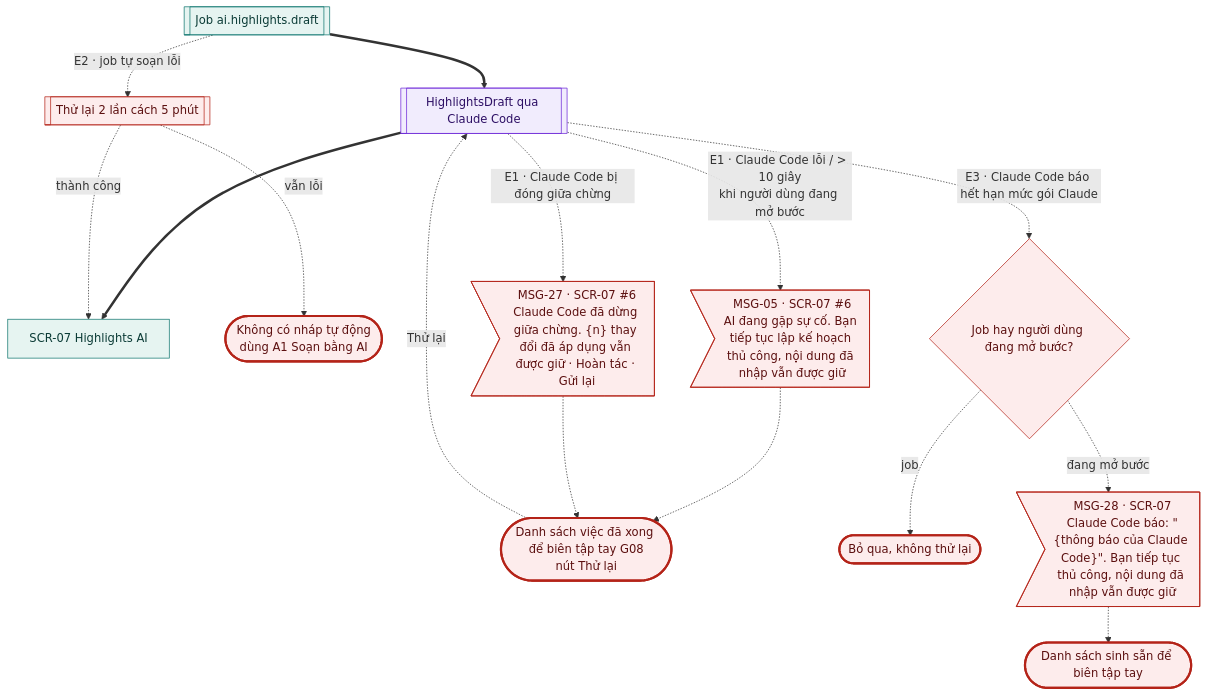
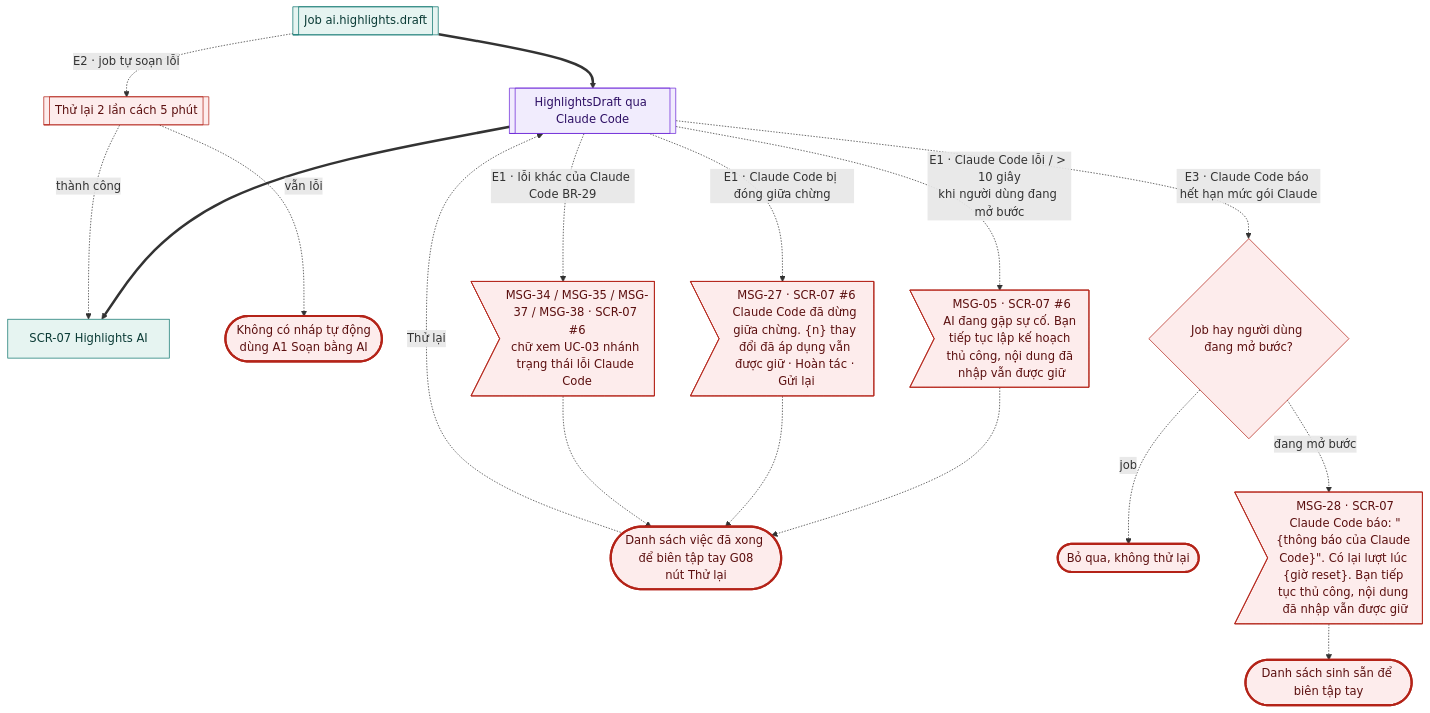
One commit to tannguyenho/personal-app changed diagram 15 of 29 in docs/design-brief/flow/g10-tro-ly-ai.md. Above: the diagram before and after it, drawn with Mermaid. The commit also changed other lines of this file and 6 other files, not shown here.

First line of the commit message:
docs(G01, G10): áp quyết định PO 09/11 vào SRS, PRD, flow; IA trỏ mã mới

````diff
--- a/docs/design-brief/flow/g10-tro-ly-ai.md
+++ b/docs/design-brief/flow/g10-tro-ly-ai.md
@@ -678,34 +732,36 @@
 ```mermaid
 flowchart TD
   p1[["Job ai.highlights.draft"]]
   p2[["HighlightsDraft qua Claude Code"]]
   s1["SCR-07 Highlights AI"]
   p1 ==> p2 ==> s1
 
   p1 -.->|"E2 · job tự soạn lỗi"| e2[["Thử lại 2 lần cách 5 phút"]]
   e2 -.->|"thành công"| s1
   e2 -.->|"vẫn lỗi"| e2f(["Không có nháp tự động<br/>dùng A1 Soạn bằng AI"])
   p2 -.->|"E1 · Claude Code lỗi / > 10 giây<br/>khi người dùng đang mở bước"| e1m>"MSG-05 · SCR-07 #6<br/>AI đang gặp sự cố. Bạn tiếp tục lập kế hoạch thủ công, nội dung đã nhập vẫn được giữ"]
   p2 -.->|"E1 · Claude Code bị đóng giữa chừng"| e1c>"MSG-27 · SCR-07 #6<br/>Claude Code đã dừng giữa chừng. {n} thay đổi đã áp dụng vẫn được giữ · Hoàn tác · Gửi lại"]
   e1m -.-> e1(["Danh sách việc đã xong để biên tập tay G08<br/>nút Thử lại"])
   e1c -.-> e1
+  p2 -.->|"E1 · lỗi khác của Claude Code BR-29"| e1x>"MSG-34 / MSG-35 / MSG-37 / MSG-38 · SCR-07 #6<br/>chữ xem UC-03 nhánh trạng thái lỗi Claude Code"]
+  e1x -.-> e1
   e1 -.->|"Thử lại"| p2
   p2 -.->|"E3 · Claude Code báo hết hạn mức gói Claude"| d3{"Job hay người dùng đang mở bước?"}
   d3 -.->|"job"| e3a(["Bỏ qua, không thử lại"])
-  d3 -.->|"đang mở bước"| e3m>"MSG-28 · SCR-07<br/>Claude Code báo: #quot;{thông báo của Claude Code}#quot;. Bạn tiếp tục thủ công, nội dung đã nhập vẫn được giữ"]
+  d3 -.->|"đang mở bước"| e3m>"MSG-28 · SCR-07<br/>Claude Code báo: #quot;{thông báo của Claude Code}#quot;. Có lại lượt lúc {giờ reset}. Bạn tiếp tục thủ công, nội dung đã nhập vẫn được giữ"]
   e3m -.-> e3(["Danh sách sinh sẵn để biên tập tay"])
 
   class p1,s1 happy
   class p2 ai
-  class e2,e1m,e1c,d3,e3m err
+  class e2,e1m,e1c,e1x,d3,e3m err
   class e2f,e1,e3a,e3 fail
   classDef happy fill:#E6F4F1,stroke:#0F766E,color:#0B3B36
   classDef alt fill:#F1F3F5,stroke:#6B7280,color:#1F2937
   classDef err fill:#FDECEC,stroke:#B42318,color:#5C1010
   classDef warn fill:#FEF4E2,stroke:#B45309,color:#4A2604
   classDef ai fill:#F1ECFD,stroke:#6D28D9,color:#2E1065
   classDef sync fill:#FFFFFF,stroke:#6B7280,stroke-dasharray:4 3,color:#1F2937
   classDef link fill:#FFFFFF,stroke:#0F766E,stroke-dasharray:4 3,color:#0B3B36
   classDef done fill:#E6F4F1,stroke:#0F766E,stroke-width:3px,color:#0B3B36
   classDef fail fill:#FDECEC,stroke:#B42318,stroke-width:3px,color:#5C1010
 ```
````
